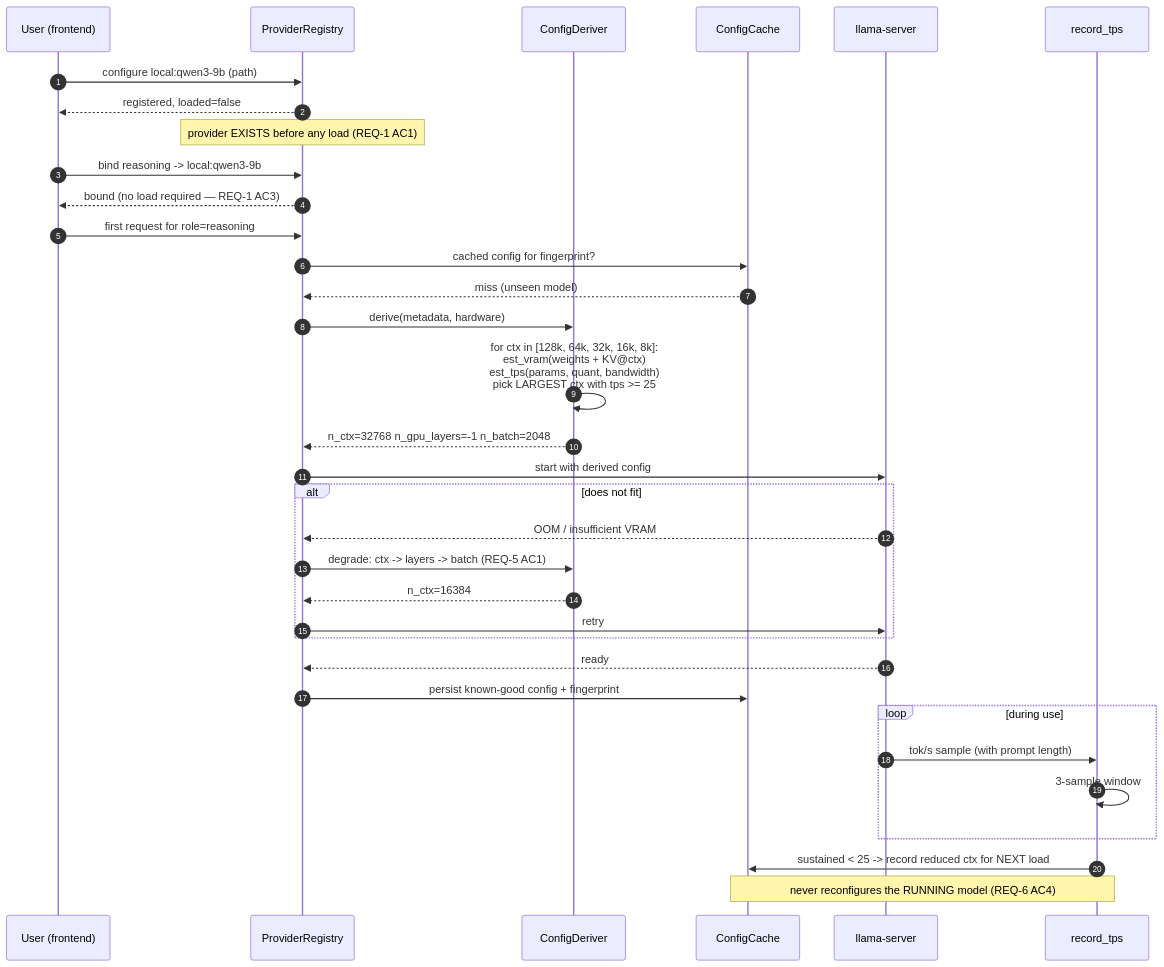
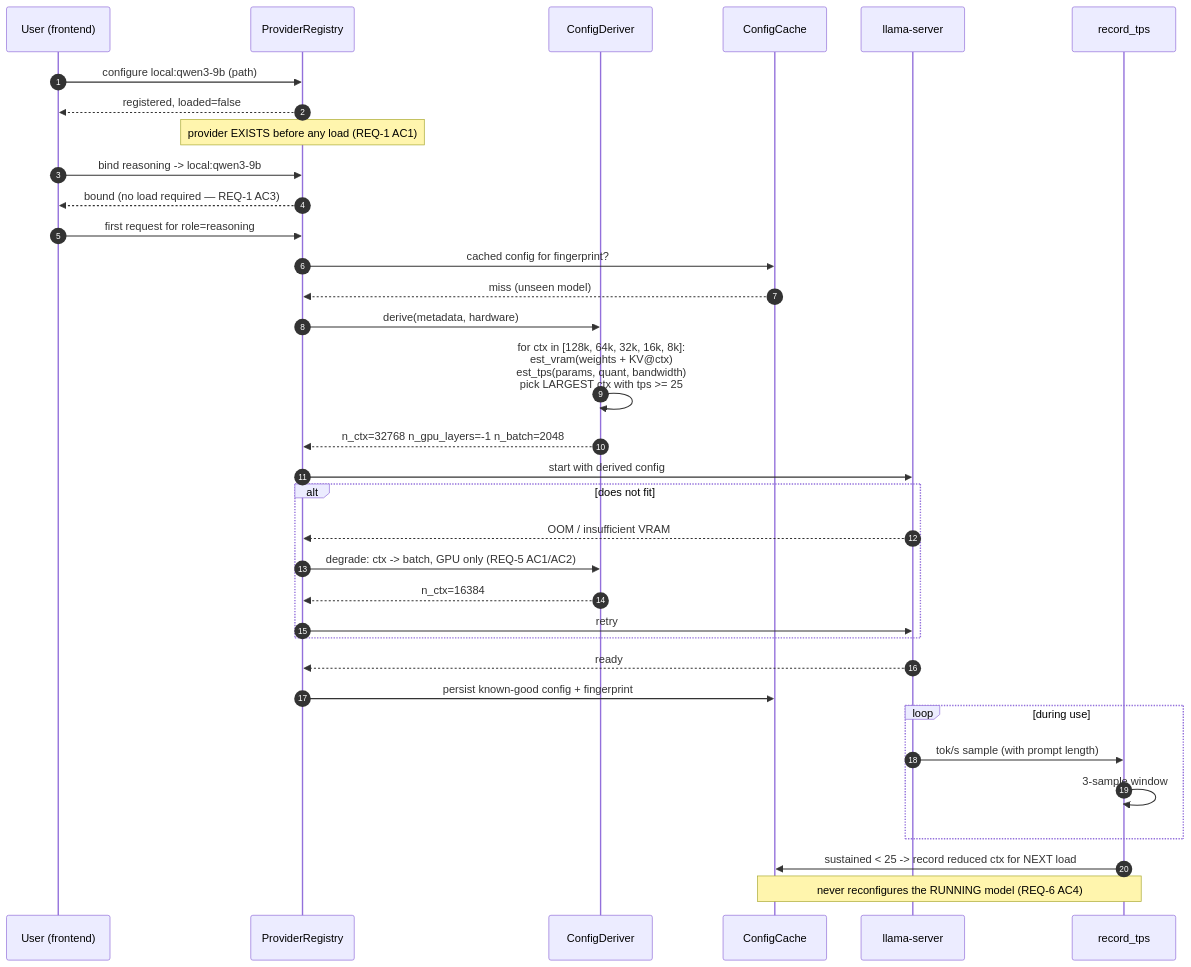
One commit to Midast0uch/IRISVOICE changed the second of 2 diagrams in specs/local-model-provider-parity/design.md. Above: the diagram before and after it, drawn with Mermaid. The commit also changed other lines of this file and 2 other files, not shown here.

First line of the commit message:
spec(local-model): GPU-only degradation + design out the context-window risk

````diff
--- a/specs/local-model-provider-parity/design.md
+++ b/specs/local-model-provider-parity/design.md
@@ -89,40 +90,40 @@
 ```mermaid
 sequenceDiagram
     autonumber
     participant U as User (frontend)
     participant R as ProviderRegistry
     participant D as ConfigDeriver
     participant C as ConfigCache
     participant S as llama-server
     participant T as record_tps
 
     U->>R: configure local:qwen3-9b (path)
     R-->>U: registered, loaded=false
     Note over R: provider EXISTS before any load (REQ-1 AC1)
 
     U->>R: bind reasoning -> local:qwen3-9b
     R-->>U: bound (no load required — REQ-1 AC3)
 
     U->>R: first request for role=reasoning
     R->>C: cached config for fingerprint?
     C-->>R: miss (unseen model)
     R->>D: derive(metadata, hardware)
     D->>D: for ctx in [128k, 64k, 32k, 16k, 8k]:<br/>est_vram(weights + KV@ctx)<br/>est_tps(params, quant, bandwidth)<br/>pick LARGEST ctx with tps >= 25
     D-->>R: n_ctx=32768 n_gpu_layers=-1 n_batch=2048
     R->>S: start with derived config
     alt does not fit
         S-->>R: OOM / insufficient VRAM
-        R->>D: degrade: ctx -> layers -> batch (REQ-5 AC1)
+        R->>D: degrade: ctx -> batch, GPU only (REQ-5 AC1/AC2)
         D-->>R: n_ctx=16384
         R->>S: retry
     end
     S-->>R: ready
     R->>C: persist known-good config + fingerprint
 
     loop during use
         S->>T: tok/s sample (with prompt length)
         T->>T: 3-sample window
     end
     T->>C: sustained < 25 -> record reduced ctx for NEXT load
     Note over T,C: never reconfigures the RUNNING model (REQ-6 AC4)
 ```
````
